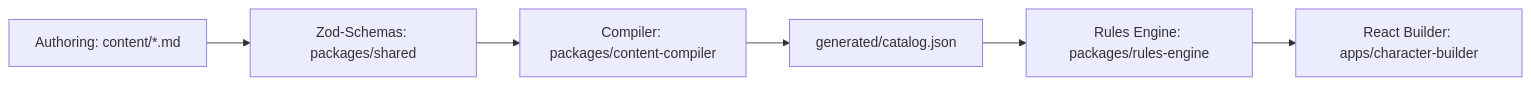
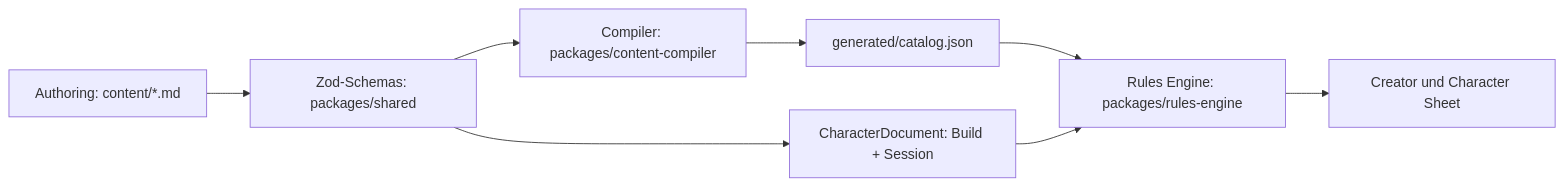
Before and after one commit to tomkpunkt/ShadowsOfTheCity: the diagram in docs/architecture.md, drawn with Mermaid. The commit also changed other lines of this file and 19 other files, not shown here.

Commit message:
feat: add versioned character session state

````diff
--- a/docs/architecture.md
+++ b/docs/architecture.md
@@ -20,8 +20,10 @@
 ```mermaid
 flowchart LR
   A["Authoring: content/*.md"] --> B["Zod-Schemas: packages/shared"]
   B --> C["Compiler: packages/content-compiler"]
   C --> D["generated/catalog.json"]
-  D --> E["Rules Engine: packages/rules-engine"]
-  E --> F["React Builder: apps/character-builder"]
+  B --> E["CharacterDocument: Build + Session"]
+  D --> F["Rules Engine: packages/rules-engine"]
+  E --> F
+  F --> G["Creator und Character Sheet"]
 ```
````
